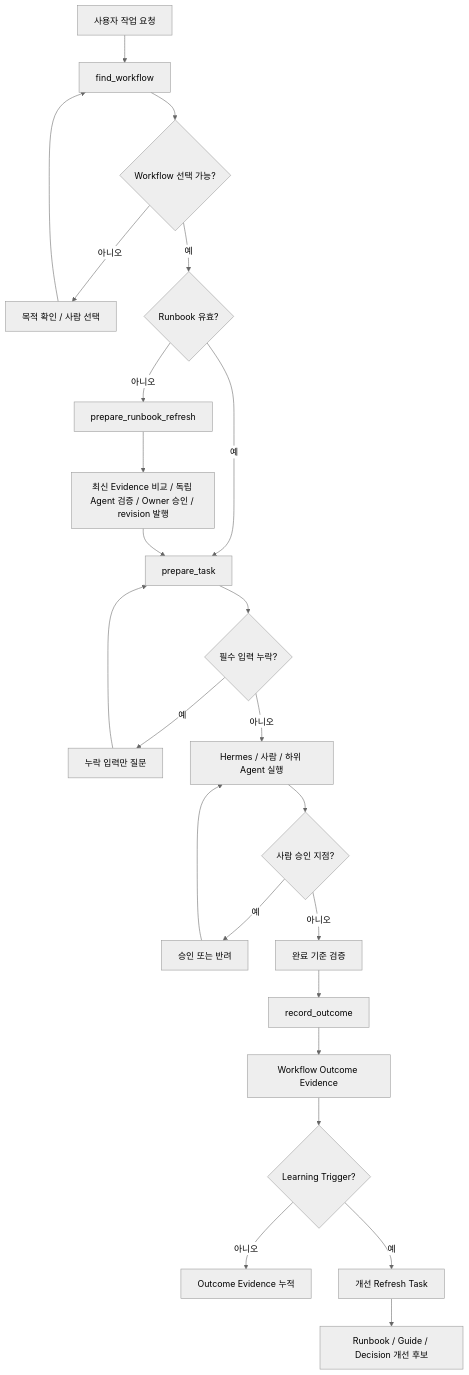
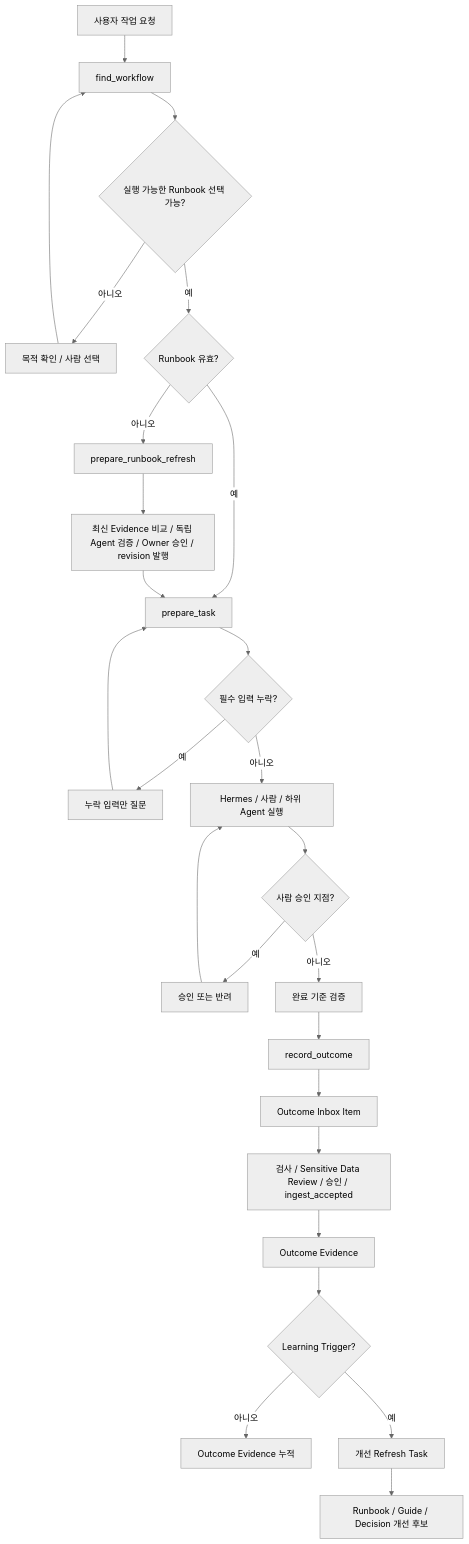
The seventh of 7 diagrams in docs/14-use-cases-and-flow-diagrams.md (udgrounder/circled-wiki), drawn with Mermaid (neutral theme) before and after one commit. The commit also changed other lines of this file and 46 other files, not shown here.

````diff
--- a/docs/14-use-cases-and-flow-diagrams.md
+++ b/docs/14-use-cases-and-flow-diagrams.md
@@ -178,26 +178,28 @@
 ```mermaid
 flowchart TD
     request["사용자 작업 요청"] --> find["find_workflow"]
-    find --> choose{"Workflow 선택 가능?"}
+    find --> choose{"실행 가능한 Runbook 선택 가능?"}
     choose -->|아니오| clarify["목적 확인 / 사람 선택"]
     clarify --> find
     choose -->|예| freshness{"Runbook 유효?"}
     freshness -->|예| prepare["prepare_task"]
     freshness -->|아니오| refresh["prepare_runbook_refresh"]
     refresh --> reviewed["최신 Evidence 비교 / 독립 Agent 검증 / Owner 승인 / revision 발행"]
     reviewed --> prepare
     prepare --> missing{"필수 입력 누락?"}
     missing -->|예| ask["누락 입력만 질문"]
     ask --> prepare
     missing -->|아니오| execute["Hermes / 사람 / 하위 Agent 실행"]
     execute --> approval{"사람 승인 지점?"}
     approval -->|예| human["승인 또는 반려"]
     human --> execute
     approval -->|아니오| validate["완료 기준 검증"]
     validate --> outcome["record_outcome"]
-    outcome --> evidence["Workflow Outcome Evidence"]
+    outcome --> inbox["Outcome Inbox Item"]
+    inbox --> gate["검사 / Sensitive Data Review / 승인 / ingest_accepted"]
+    gate --> evidence["Outcome Evidence"]
     evidence --> signal{"Learning Trigger?"}
     signal -->|아니오| accumulate["Outcome Evidence 누적"]
     signal -->|예| curator["개선 Refresh Task"]
     curator --> bundle["Runbook / Guide / Decision 개선 후보"]
 ```
````
